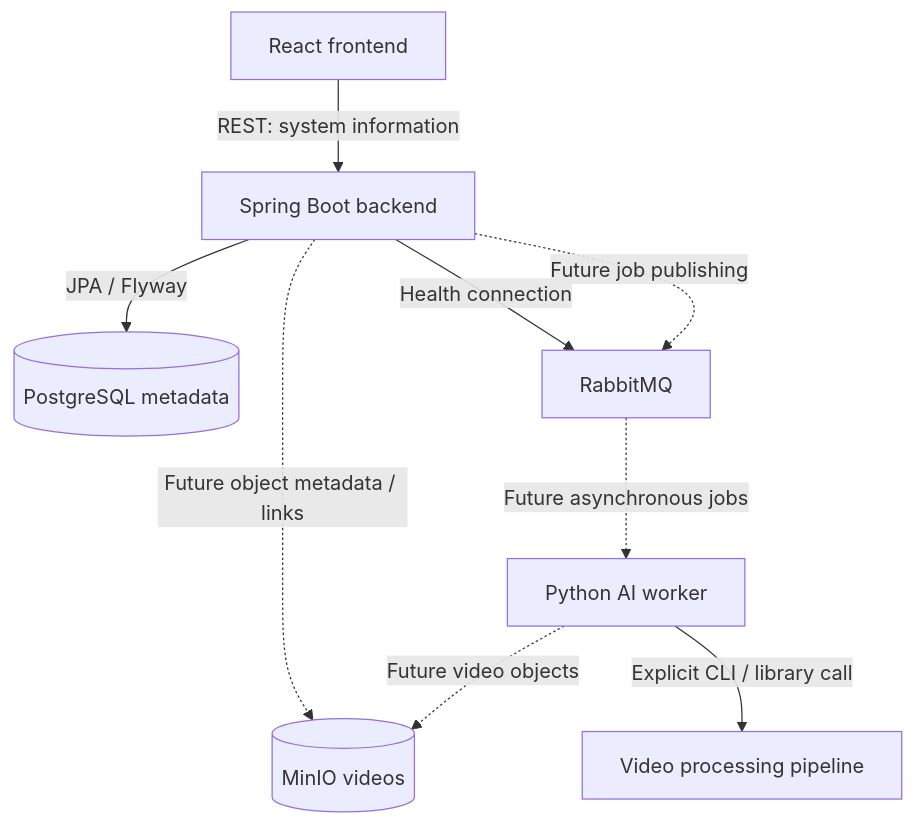
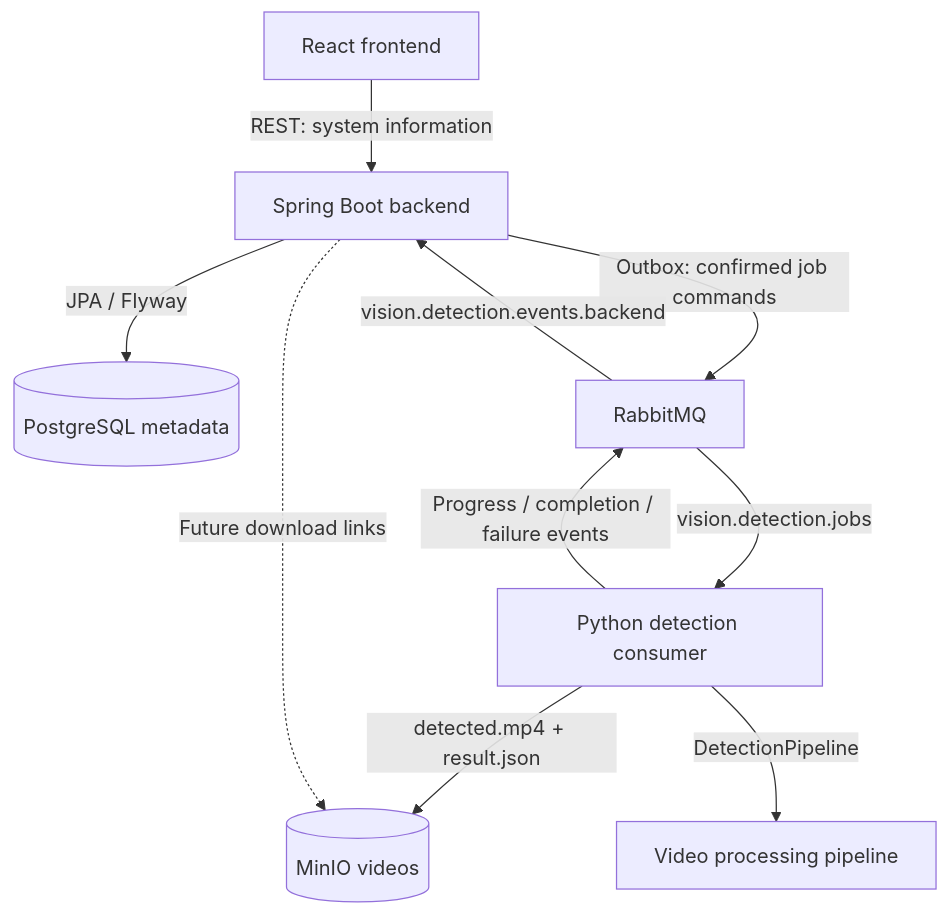
Before and after one commit to huangdat/YOLO-Vision-Studio---AI-Video-Object-Detection-Platform: the diagram in docs/architecture.md, drawn with Mermaid. The commit also changed other lines of this file and 58 other files, not shown here.

Commit message:
feat(phase-05): implement asynchronous detection job processing

````diff
--- a/docs/architecture.md
+++ b/docs/architecture.md
@@ -7,11 +7,12 @@
 ```mermaid
 flowchart TD
     frontend[React frontend] -->|REST: system information| backend[Spring Boot backend]
     backend -->|JPA / Flyway| postgres[(PostgreSQL metadata)]
-    backend -->|Health connection| rabbit[RabbitMQ]
-    backend -.->|Future job publishing| rabbit
-    rabbit -.->|Future asynchronous jobs| worker[Python AI worker]
-    backend -.->|Future object metadata / links| minio[(MinIO videos)]
-    worker -.->|Future video objects| minio
-    worker -->|Explicit CLI / library call| pipeline[Video processing pipeline]
+    backend -->|Outbox: confirmed job commands| rabbit[RabbitMQ]
+    rabbit -->|vision.detection.jobs| worker[Python detection consumer]
+    worker -->|Progress / completion / failure events| rabbit
+    rabbit -->|vision.detection.events.backend| backend
+    worker -->|detected.mp4 + result.json| minio[(MinIO videos)]
+    worker -->|DetectionPipeline| pipeline[Video processing pipeline]
+    backend -.->|Future download links| minio
 ```
````
